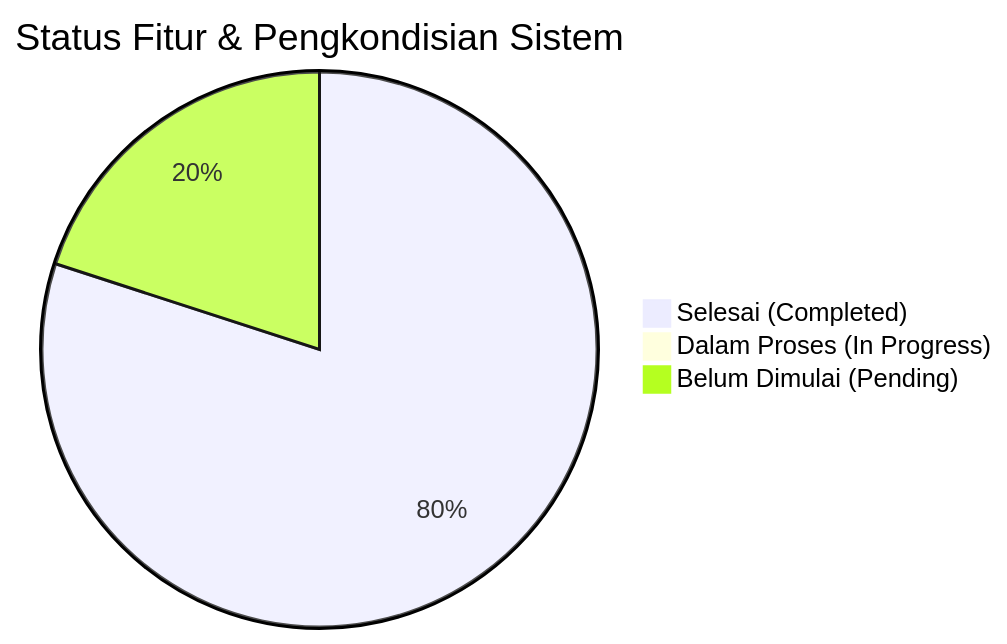
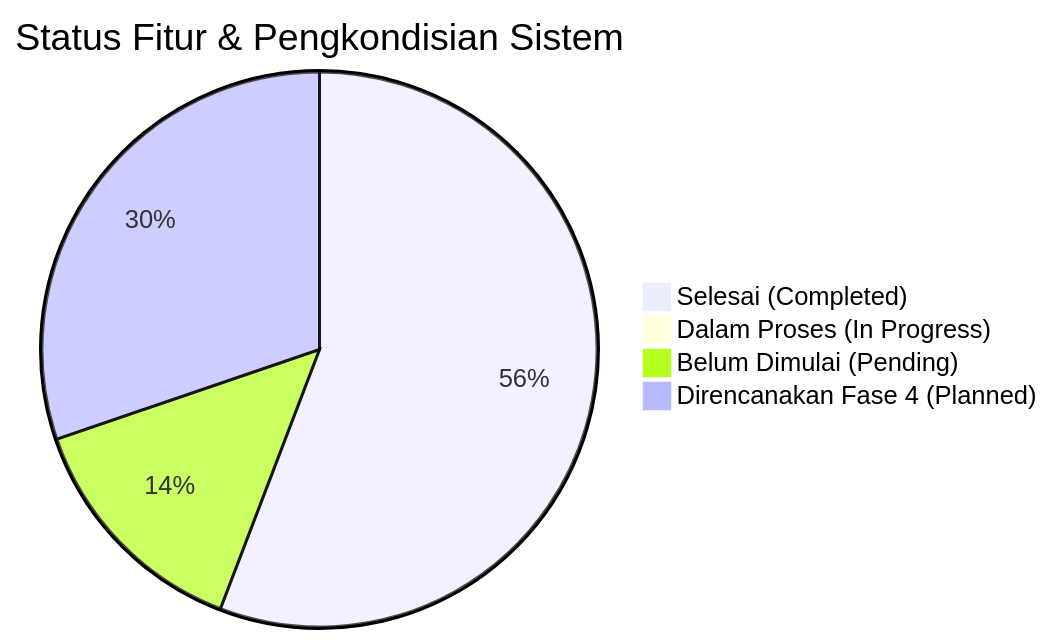
One commit to 4lliiifffff/pengembangan-presensi-pkbmpikat changed the first of 2 diagrams in docs/progress_pengembangan_sistem_presensi.md. Above: the diagram before and after it, drawn with Mermaid. The commit also changed other lines of this file and 23 other files, not shown here.

````diff
--- a/docs/progress_pengembangan_sistem_presensi.md
+++ b/docs/progress_pengembangan_sistem_presensi.md
@@ -12,6 +12,7 @@
 ```mermaid
 pie title Status Fitur & Pengkondisian Sistem
     "Selesai (Completed)" : 24
     "Dalam Proses (In Progress)" : 0
     "Belum Dimulai (Pending)" : 6
+    "Direncanakan Fase 4 (Planned)" : 13
 ```
````
